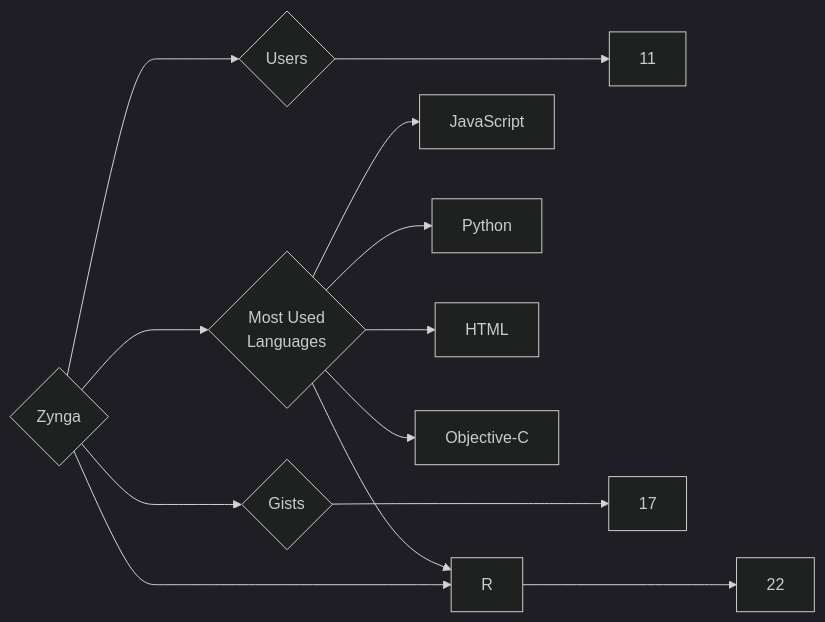
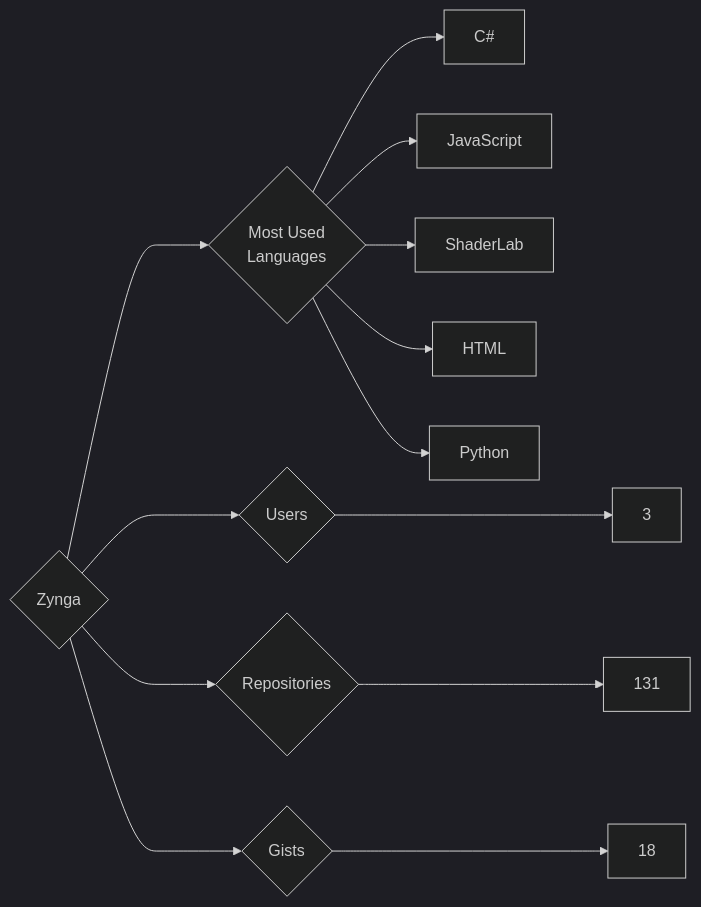
One commit to trickest/insiders changed the diagram in targets/Zynga/README.md. Above: the diagram before and after it, drawn with Mermaid (dark theme). The commit also changed 796 other files, not shown here.

````diff
--- a/targets/Zynga/README.md
+++ b/targets/Zynga/README.md
@@ -3,13 +3,13 @@
 ```mermaid
 graph LR
 COMPANY_NAME{Zynga}
-COMPANY_NAME ---> U{Users} ---> UN[11]
-COMPANY_NAME ---> R{Repositories} ---> RN[22]
-COMPANY_NAME ---> G{Gists} ---> GN[17]
+COMPANY_NAME ---> U{Users} ---> UN[3]
+COMPANY_NAME ---> R{Repositories} ---> RN[131]
+COMPANY_NAME ---> G{Gists} ---> GN[18]
 COMPANY_NAME ---> ML{Most Used<br>Languages}
+ML --> C#[C#]
 ML --> JavaScript[JavaScript]
+ML --> ShaderLab[ShaderLab]
+ML --> HTML[HTML]
 ML --> Python[Python]
-ML --> HTML[HTML]
-ML --> R[R]
-ML --> Objective-C[Objective-C]
 ```
````
